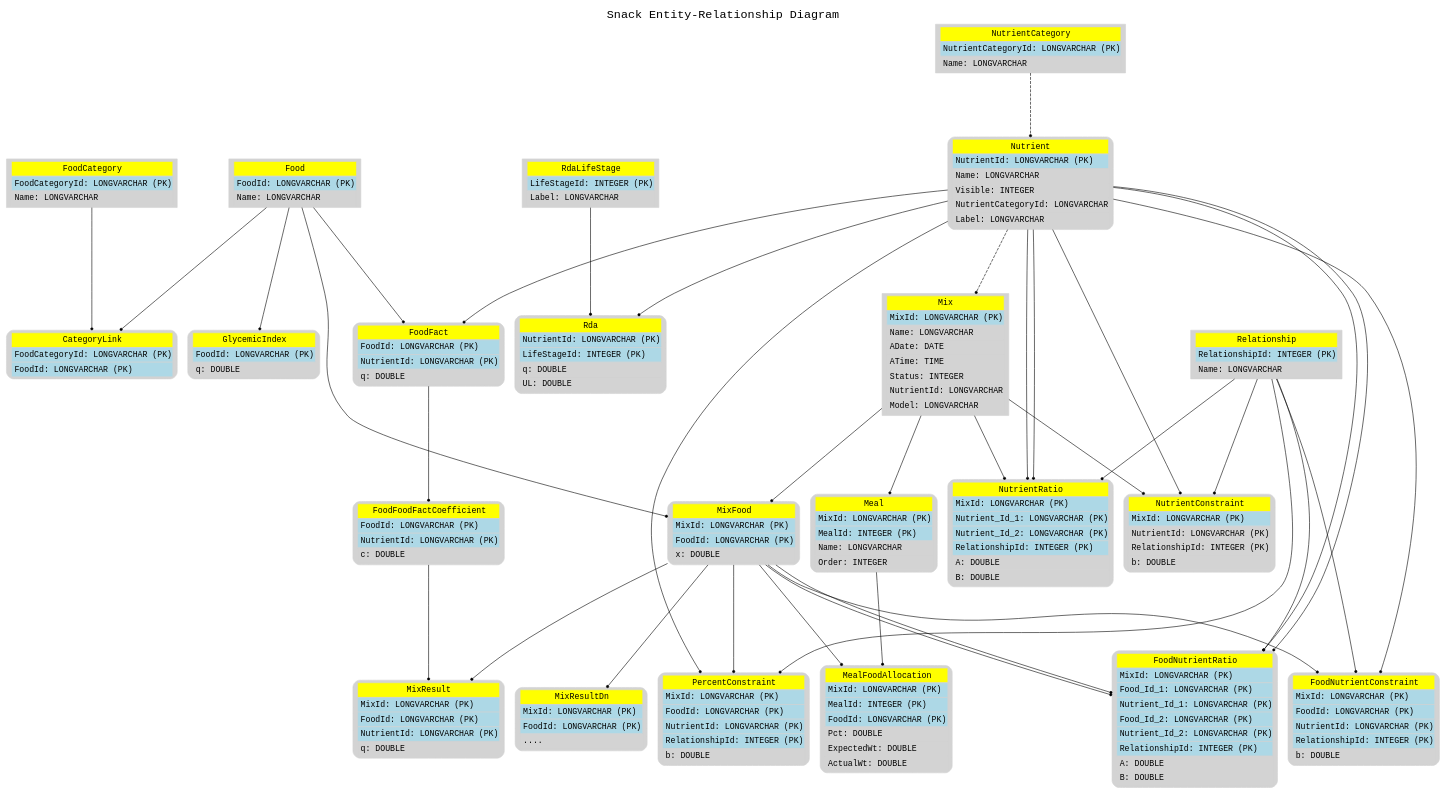
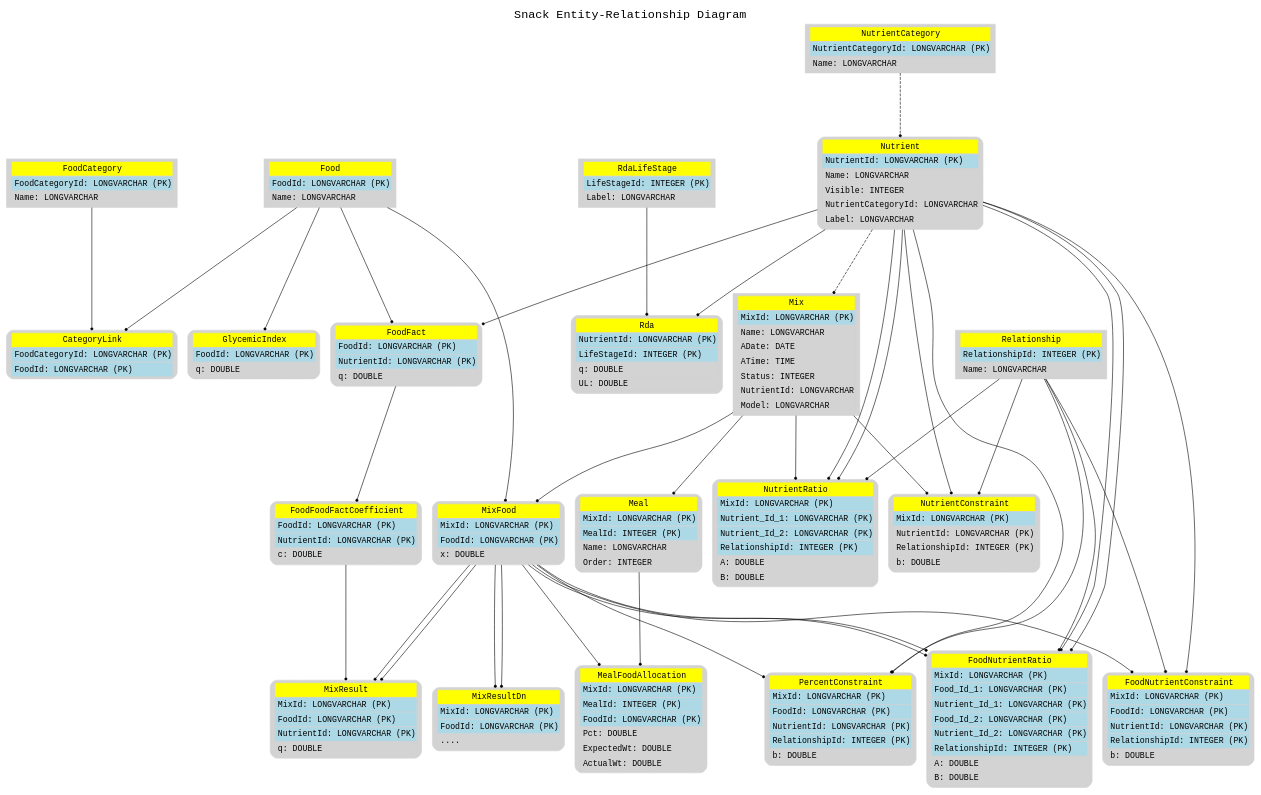
Before and after one commit to xjrga/snack: the diagram in data/sql/other/erd.gv, drawn with Graphviz. The commit also changed 8 other files, not shown here.

```diff
--- a/data/sql/other/erd.gv
+++ b/data/sql/other/erd.gv
@@ -267,10 +267,14 @@
     edge [penwidth=1,fontname="Liberation Mono" len=5, arrowsize=0.5, arrowhead=dot, arrowtail=none, dir=forward, style=solid]
     "MixFood" -> "MixResult" [dir=forward,weight=1];
     edge [penwidth=1,fontname="Liberation Mono" len=5, arrowsize=0.5, arrowhead=dot, arrowtail=none, dir=forward, style=solid]
+    "MixFood" -> "MixResult" [dir=forward,weight=1];
+    edge [penwidth=1,fontname="Liberation Mono" len=5, arrowsize=0.5, arrowhead=dot, arrowtail=none, dir=forward, style=solid]
     "FoodFactCoefficient" -> "MixResult" [dir=forward,weight=1];
     edge [penwidth=1,fontname="Liberation Mono" len=5, arrowsize=0.5, arrowhead=dot, arrowtail=none, dir=forward, style=solid]
     "MixFood" -> "MixResultDn" [dir=forward,weight=1];
     edge [penwidth=1,fontname="Liberation Mono" len=5, arrowsize=0.5, arrowhead=dot, arrowtail=none, dir=forward, style=solid]
+    "MixFood" -> "MixResultDn" [dir=forward,weight=1];
+    edge [penwidth=1,fontname="Liberation Mono" len=5, arrowsize=0.5, arrowhead=dot, arrowtail=none, dir=forward, style=solid]    
     "Mix" -> "Meal" [dir=forward,weight=1];
     edge [penwidth=1,fontname="Liberation Mono" len=5, arrowsize=0.5, arrowhead=dot, arrowtail=none, dir=forward, style=solid]
     "Meal" -> "MealFoodAllocation" [dir=forward,weight=1];
```
